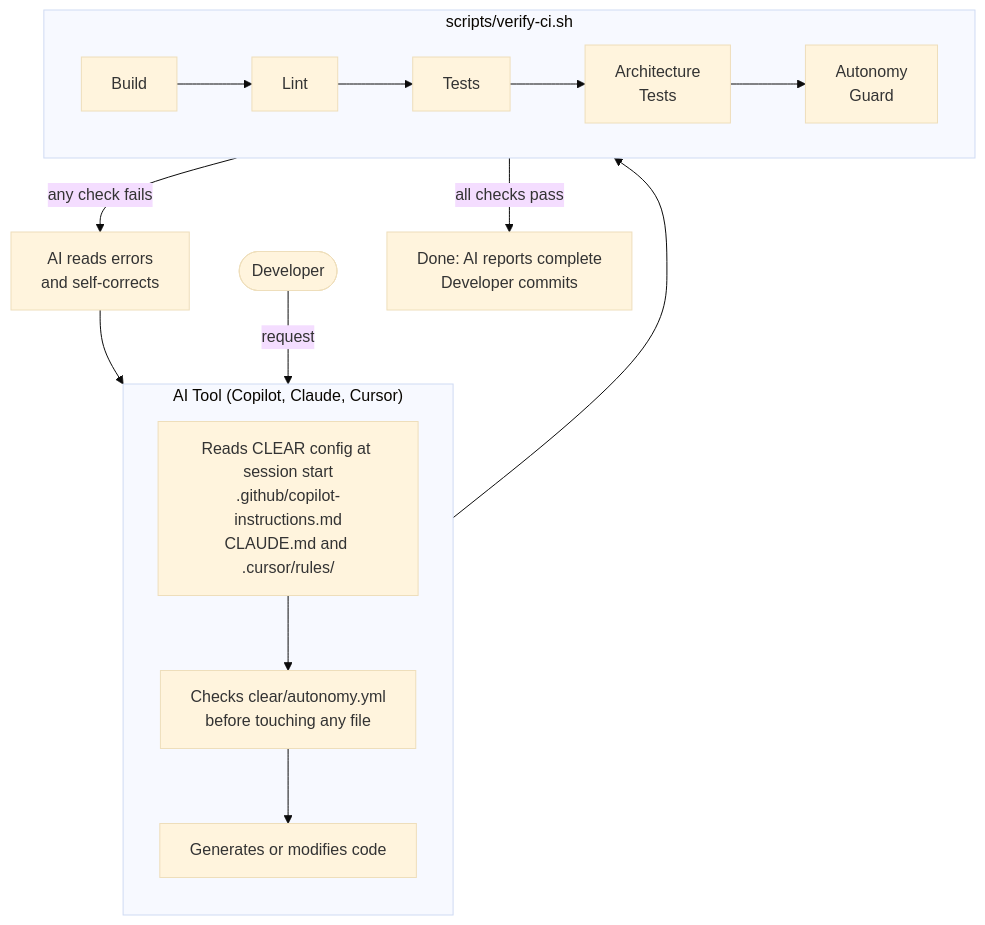
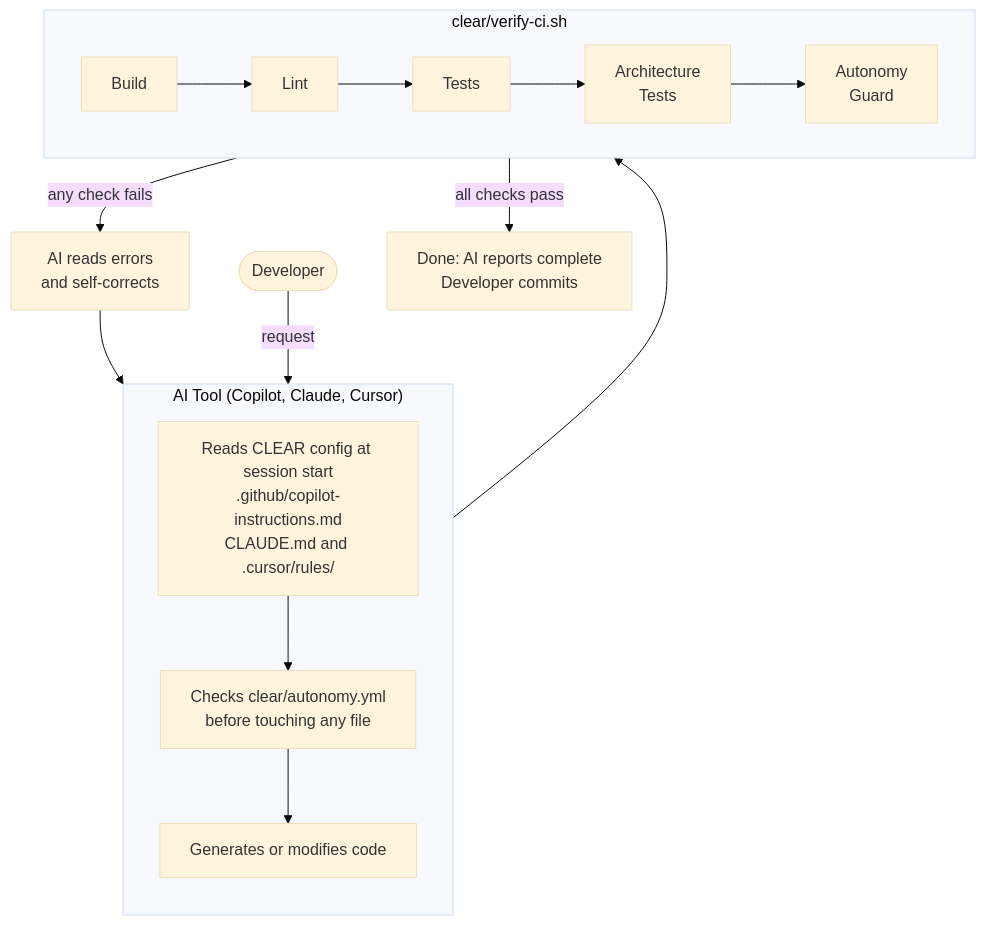
Before and after one commit to jketreno/clear: the diagram in assets/diagrams/clear-overview.mmd, drawn with Mermaid (base theme). The commit also changed 23 other files, not shown here.

First line of the commit message:
Move verify scripts to clear/ and eliminate install duplicate

```diff
--- a/assets/diagrams/clear-overview.mmd
+++ b/assets/diagrams/clear-overview.mmd
@@ -1,21 +1,21 @@
 flowchart TD
     DEV([Developer]) -->|"request"| AI
 
     subgraph AI["AI Tool (Copilot, Claude, Cursor)"]
         direction TB
         CFG["Reads CLEAR config at session start<br/>.github/copilot-instructions.md<br/>CLAUDE.md and .cursor/rules/"]
         AUT["Checks clear/autonomy.yml<br/>before touching any file"]
         GEN["Generates or modifies code"]
         CFG --> AUT --> GEN
     end
 
     GEN --> VCI
 
-    subgraph VCI["scripts/verify-ci.sh"]
+    subgraph VCI["clear/verify-ci.sh"]
         direction LR
         B[Build] --> L[Lint] --> T[Tests] --> A["Architecture<br/>Tests"] --> G["Autonomy<br/>Guard"]
     end
 
     VCI -->|"any check fails"| FIX["AI reads errors<br/>and self-corrects"]
     FIX --> GEN
     VCI -->|"all checks pass"| DONE["Done: AI reports complete<br/>Developer commits"]
```
